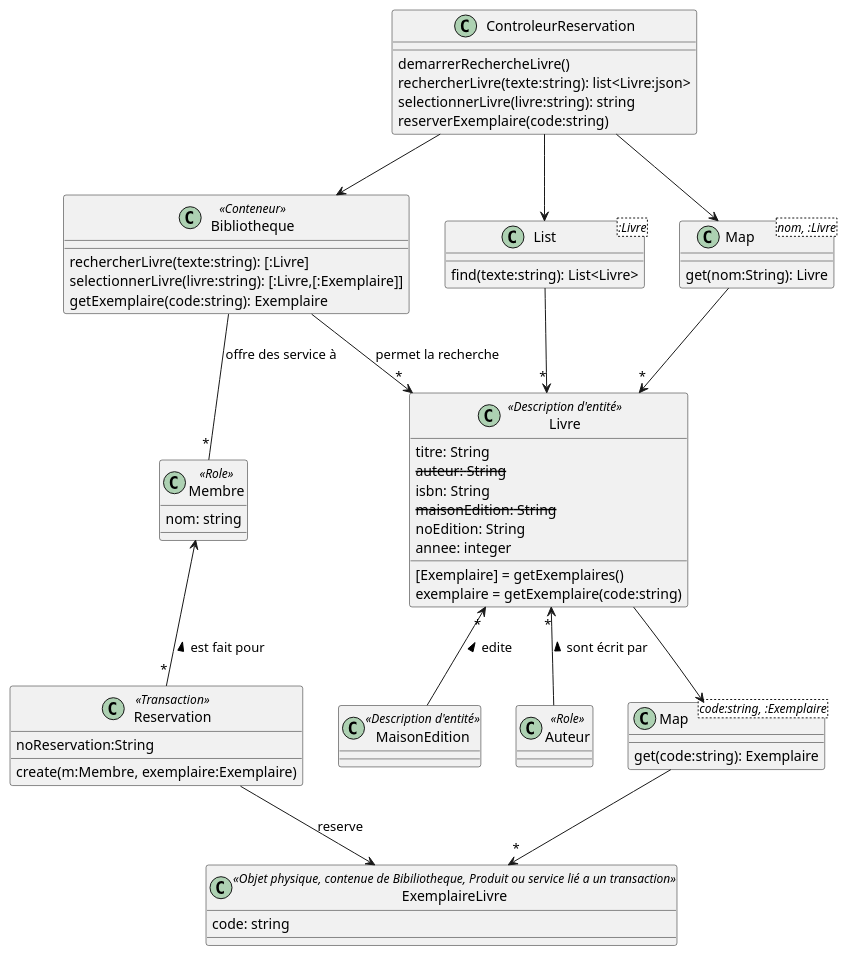
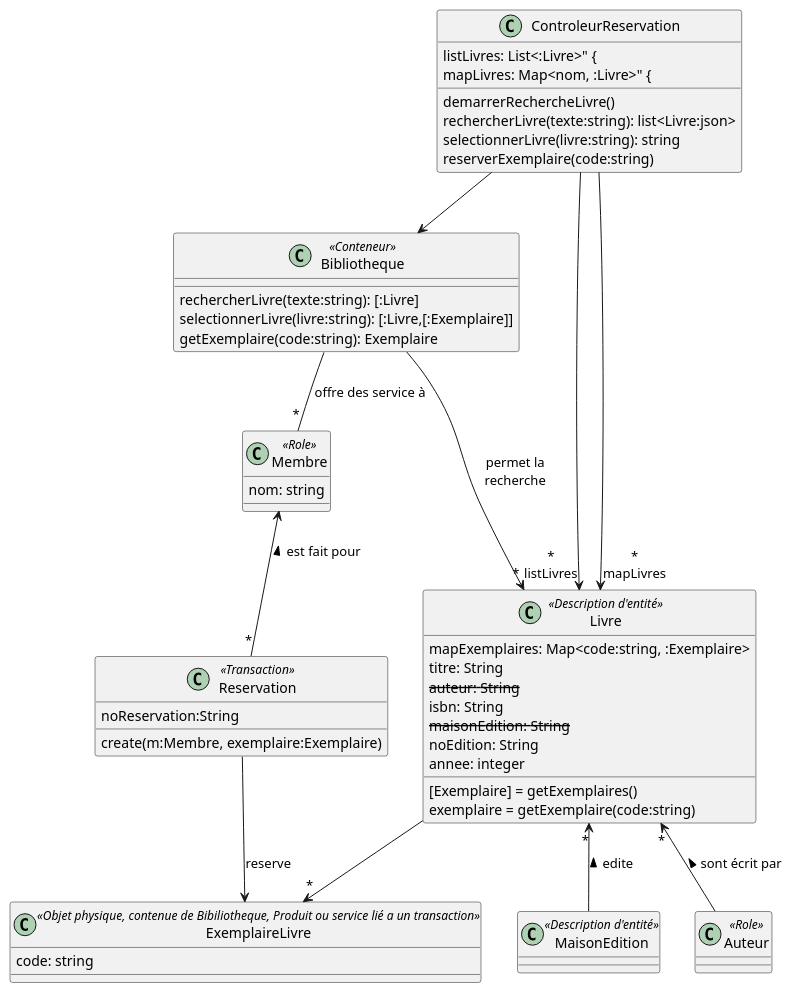
Before and after one commit to yvanross/LOG210-exercices: the eighth of 8 diagrams in ACOO/03-Reserver-livre-bibliotheque.puml, drawn with PlantUML. The commit also changed 24 other files, not shown here.

Commit message:
Enlever les list et map et convertir en attribut dans DCL

```diff
--- a/ACOO/03-Reserver-livre-bibliotheque.puml
+++ b/ACOO/03-Reserver-livre-bibliotheque.puml
@@ -132,64 +133,52 @@
 @startuml DCL
 class C as "ControleurReservation"{
+  listLivres: List<:Livre>" {
+  mapLivres: Map<nom, :Livre>" {
   demarrerRechercheLivre() 
- rechercherLivre(texte:string): list<Livre:json>
- selectionnerLivre(livre:string): string
- reserverExemplaire(code:string)
+  rechercherLivre(texte:string): list<Livre:json>
+  selectionnerLivre(livre:string): string
+  reserverExemplaire(code:string)
 }
 class M as "Membre" <<Role>>{
   nom: string
 }
 
 class B as "Bibliotheque" <<Conteneur>>{
   rechercherLivre(texte:string): [:Livre]
   selectionnerLivre(livre:string): [:Livre,[:Exemplaire]]
   getExemplaire(code:string): Exemplaire
 }
 
 class L as "Livre" << Description d'entité>>   {
+  mapExemplaires: Map<code:string, :Exemplaire>
   titre: String
   <s>auteur: String</s>
   isbn: String
   <s>maisonEdition: String</s>
   noEdition: String
   annee: integer
   [Exemplaire] = getExemplaires()
   exemplaire = getExemplaire(code:string) 
 } 
 class ME as "MaisonEdition" <<Description d'entité>>
 class A as "Auteur" <<Role>>
 class EL as "ExemplaireLivre" <<Objet physique, contenue de Bibiliotheque, Produit ou service lié a un transaction>>{
   code: string
 }
 class R  as "Reservation" <<Transaction>> {
   noReservation:String
   create(m:Membre, exemplaire:Exemplaire)
 }
 
-class LL as  "List<:Livre>" {
-  find(texte:string): List<Livre>
-}
-class ML as "Map<nom, :Livre>" {
-  get(nom:String): Livre
-}
-class MX as  "Map<code:string, :Exemplaire>" {
-  get(code:string): Exemplaire
-}
-
-
-C --> LL
-LL -->"*" L
-C-->ML
-ML --> "*" L
-L --> MX
-MX --> "*" EL
+C -->"*\nlistLivres" L
+C --> "*\nmapLivres" L
+L --> "*" EL
 C --> B
 
-
-B -->"*" L: permet la recherche
+B --->"*" L: permet la\nrecherche
 M <--"*" R: est fait pour <
 R --> EL:  reserve 
 L "*"<-- A: sont écrit par <
 L "*" <-- ME: edite <
 B -- "*" M: offre des service à 
 @enduml
```
